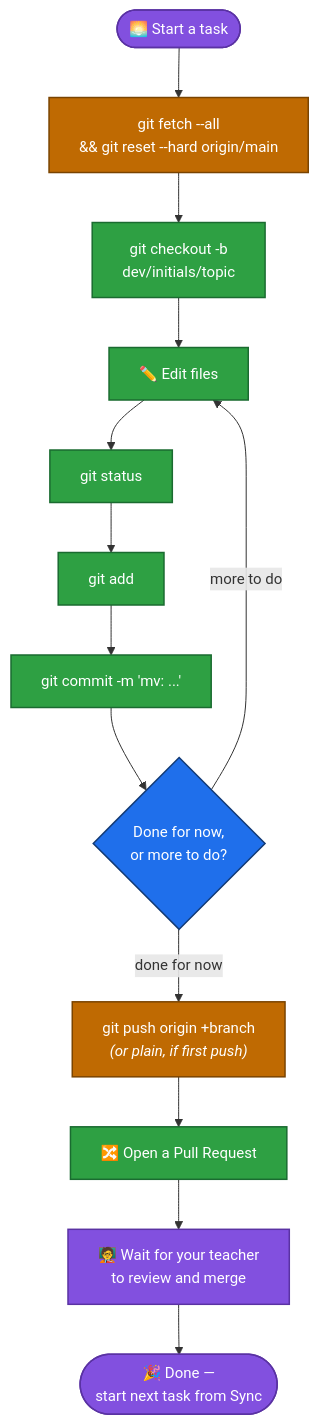
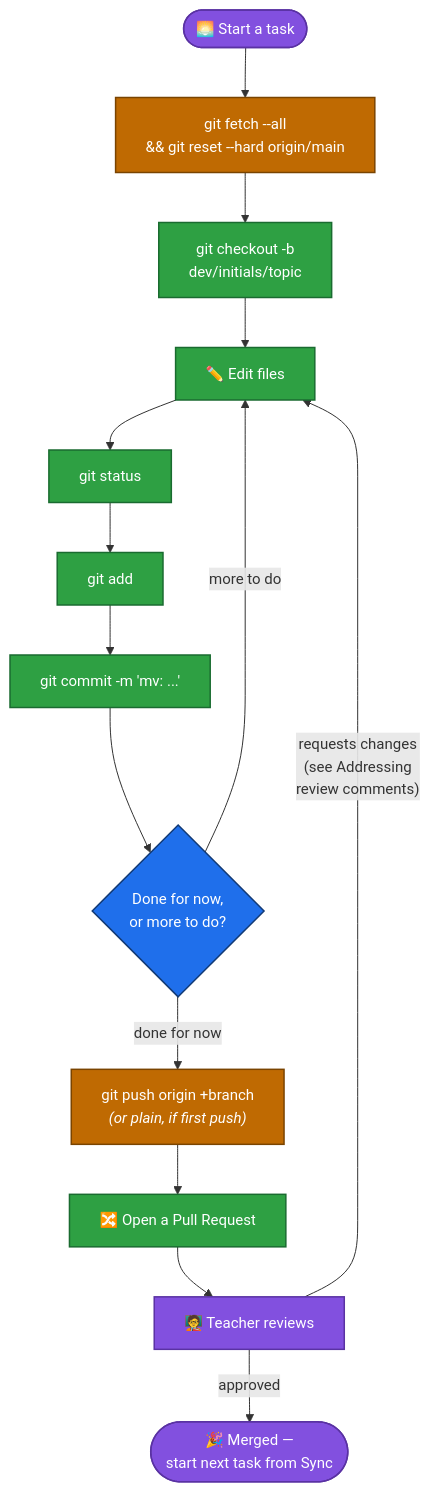
The second of 2 diagrams in Knowledge/Med-Verify-Workflow.md (bhuvi-garg/Med-Verify), drawn with Mermaid before and after one commit. The commit also changed other lines of this file and 4 other files, not shown here.

First line of the commit message:
mv: fix branch diagram overlap and VS Code method

````diff
--- a/Knowledge/Med-Verify-Workflow.md
+++ b/Knowledge/Med-Verify-Workflow.md
@@ -107,30 +171,31 @@
 ```mermaid
 %%{init: {"flowchart": {"curve": "basis"}, "themeVariables": {"fontSize": "15px"}} }%%
 flowchart TB
     START(["🌅 Start a task"]) --> SYNC
 
     SYNC["git fetch --all<br/>&& git reset --hard origin/main"] --> BRANCH
     BRANCH["git checkout -b<br/>dev/initials/topic"] --> EDIT
     EDIT["✏️ Edit files"] --> STATUS
     STATUS["git status"] --> ADD
     ADD["git add"] --> COMMIT
     COMMIT["git commit -m 'mv: ...'"] --> MORE
 
     MORE{"Done for now,<br/>or more to do?"}
     MORE -- "more to do" --> EDIT
     MORE -- "done for now" --> PUSH
 
     PUSH["git push origin +branch<br/><i>(or plain, if first push)</i>"] --> PR["🔀 Open a Pull Request"]
-    PR --> WAIT["🧑‍🏫 Wait for your teacher<br/>to review and merge"]
-    WAIT --> DONE(["🎉 Done —<br/>start next task from Sync"])
+    PR --> WAIT["🧑‍🏫 Teacher reviews"]
+    WAIT -- "requests changes<br/>(see Addressing<br/>review comments)" --> EDIT
+    WAIT -- "approved" --> DONE(["🎉 Merged —<br/>start next task from Sync"])
 
     classDef step fill:#2ea043,stroke:#1a6b30,color:#ffffff,stroke-width:1.5px;
     classDef warn fill:#bf6a02,stroke:#7a4400,color:#ffffff,stroke-width:1.5px;
     classDef endpoint fill:#8250df,stroke:#5a32a3,color:#ffffff,stroke-width:1.5px;
     classDef decision fill:#1f6feb,stroke:#123a75,color:#ffffff,stroke-width:1.5px;
 
     class BRANCH,EDIT,STATUS,ADD,COMMIT,PR step;
     class SYNC,PUSH warn;
     class START,DONE,WAIT endpoint;
     class MORE decision;
 ```
````
